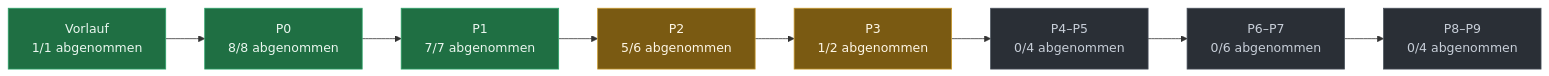
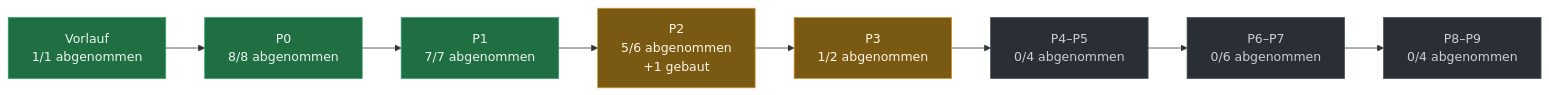
One commit to evenacadia-tech/Nakama changed the diagram in docs/PLAN-STAND.md. Above: the diagram before and after it, drawn with Mermaid. The commit also changed other lines of this file and 3 other files, not shown here.

````diff
--- a/docs/PLAN-STAND.md
+++ b/docs/PLAN-STAND.md
@@ -35,21 +38,21 @@
 ```mermaid
 flowchart LR
   P0["Vorlauf<br/>1/1 abgenommen"]:::fertig
   P1["P0<br/>8/8 abgenommen"]:::fertig
   P0 --> P1
   P2["P1<br/>7/7 abgenommen"]:::fertig
   P1 --> P2
-  P3["P2<br/>5/6 abgenommen"]:::laeuft
+  P3["P2<br/>5/6 abgenommen<br/>+1 gebaut"]:::laeuft
   P2 --> P3
   P4["P3<br/>1/2 abgenommen"]:::laeuft
   P3 --> P4
   P5["P4–P5<br/>0/4 abgenommen"]:::offen
   P4 --> P5
   P6["P6–P7<br/>0/6 abgenommen"]:::offen
   P5 --> P6
   P7["P8–P9<br/>0/4 abgenommen"]:::offen
   P6 --> P7
   classDef fertig fill:#1f6f43,stroke:#2ea36a,color:#eaf6ef
   classDef laeuft fill:#7a5a12,stroke:#c99a2e,color:#fdf6e6
   classDef offen  fill:#2a2f36,stroke:#4a525c,color:#c7ced8
 ```
````
